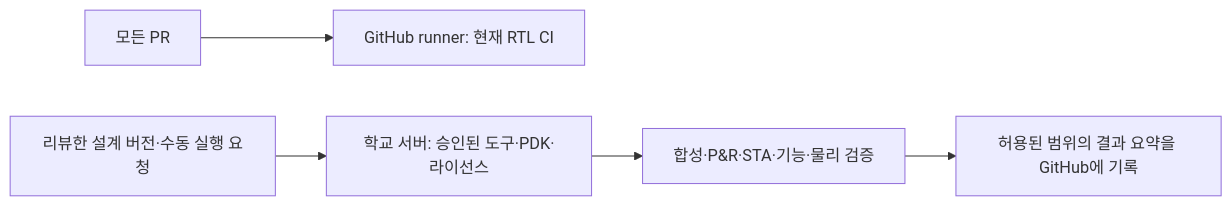
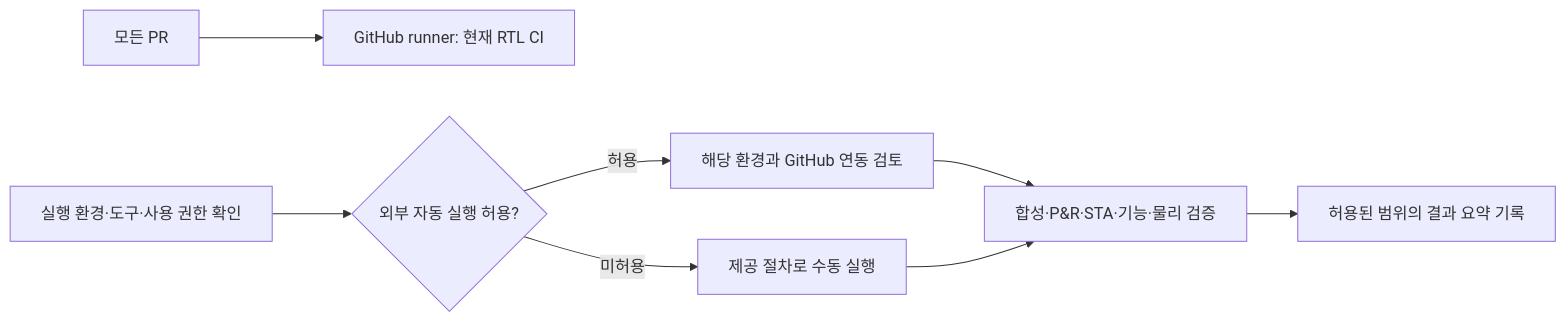
One commit to SNU-SSC-Lab/circuit-team-05 changed the second of 2 diagrams in docs/verification/pnr-methodology.md. Above: the diagram before and after it, drawn with Mermaid. The commit also changed other lines of this file, not shown here.

````diff
--- a/docs/verification/pnr-methodology.md
+++ b/docs/verification/pnr-methodology.md
@@ -114,7 +127,10 @@
 ```mermaid
 flowchart LR
     A[모든 PR] --> B[GitHub runner: 현재 RTL CI]
-    C[리뷰한 설계 버전·수동 실행 요청] --> D[학교 서버: 승인된 도구·PDK·라이선스]
-    D --> E[합성·P&R·STA·기능·물리 검증]
-    E --> F[허용된 범위의 결과 요약을 GitHub에 기록]
+    C[실행 환경·도구·사용 권한 확인] --> D{외부 자동 실행 허용?}
+    D -->|허용| E[해당 환경과 GitHub 연동 검토]
+    D -->|미허용| F[제공 절차로 수동 실행]
+    E --> G[합성·P&R·STA·기능·물리 검증]
+    F --> G
+    G --> H[허용된 범위의 결과 요약 기록]
 ```
````
